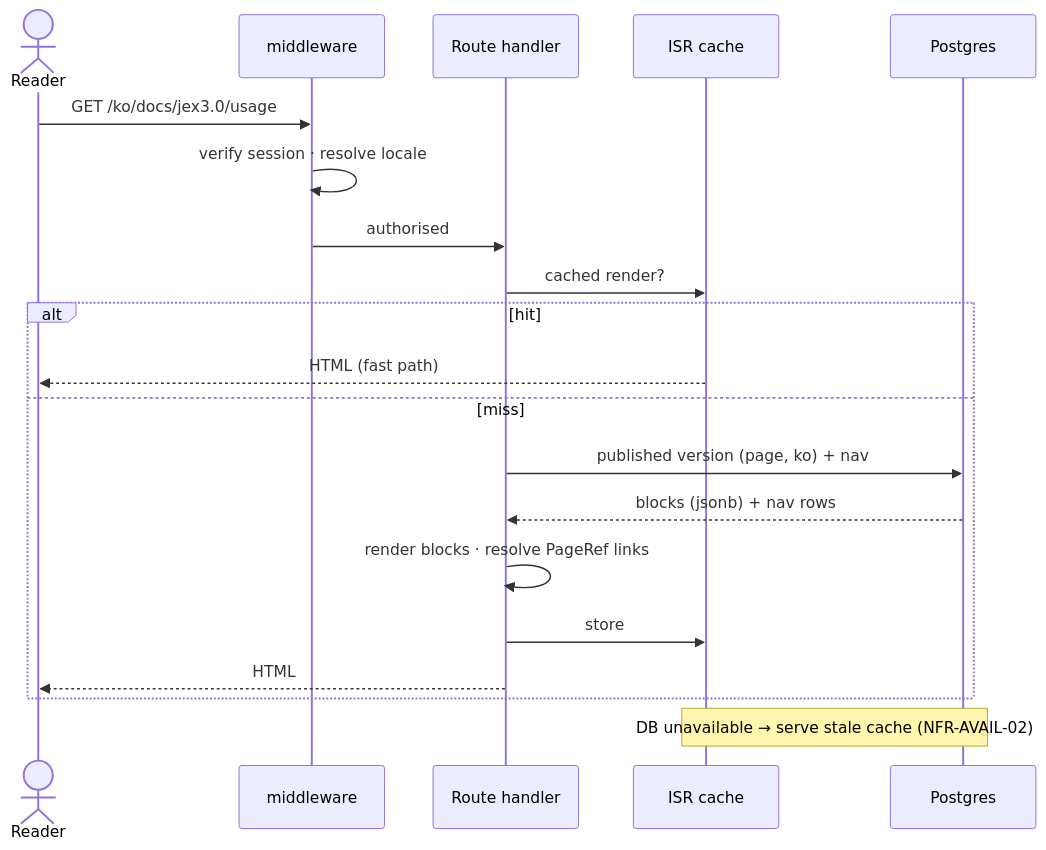
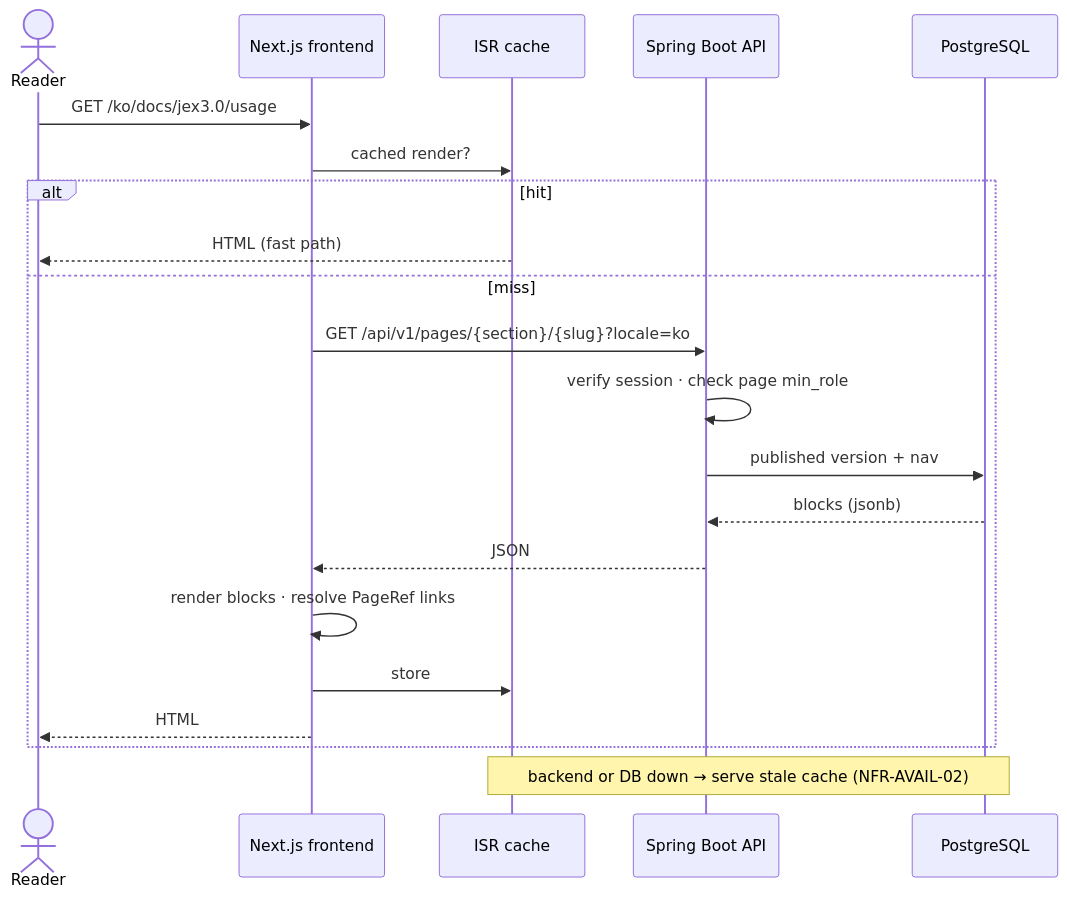
One commit to Oudompanha123/coc-docs-platform-renewal changed the fourth of 6 diagrams in docs/design/architecture-overview.md. Above: the diagram before and after it, drawn with Mermaid. The commit also changed other lines of this file and 14 other files, not shown here.

````diff
--- a/docs/design/architecture-overview.md
+++ b/docs/design/architecture-overview.md
@@ -94,23 +125,24 @@
 ```mermaid
 sequenceDiagram
   actor Reader
-  participant MW as middleware
-  participant Page as Route handler
+  participant FE as Next.js frontend
   participant Cache as ISR cache
-  participant DB as Postgres
+  participant API as Spring Boot API
+  participant DB as PostgreSQL
 
-  Reader->>MW: GET /ko/docs/jex3.0/usage
-  MW->>MW: verify session · resolve locale
-  MW->>Page: authorised
-  Page->>Cache: cached render?
+  Reader->>FE: GET /ko/docs/jex3.0/usage
+  FE->>Cache: cached render?
   alt hit
     Cache-->>Reader: HTML (fast path)
   else miss
-    Page->>DB: published version (page, ko) + nav
-    DB-->>Page: blocks (jsonb) + nav rows
-    Page->>Page: render blocks · resolve PageRef links
-    Page->>Cache: store
-    Page-->>Reader: HTML
+    FE->>API: GET /api/v1/pages/{section}/{slug}?locale=ko
+    API->>API: verify session · check page min_role
+    API->>DB: published version + nav
+    DB-->>API: blocks (jsonb)
+    API-->>FE: JSON
+    FE->>FE: render blocks · resolve PageRef links
+    FE->>Cache: store
+    FE-->>Reader: HTML
   end
-  Note over Cache,DB: DB unavailable → serve stale cache (NFR-AVAIL-02)
+  Note over Cache,DB: backend or DB down → serve stale cache (NFR-AVAIL-02)
 ```
````
